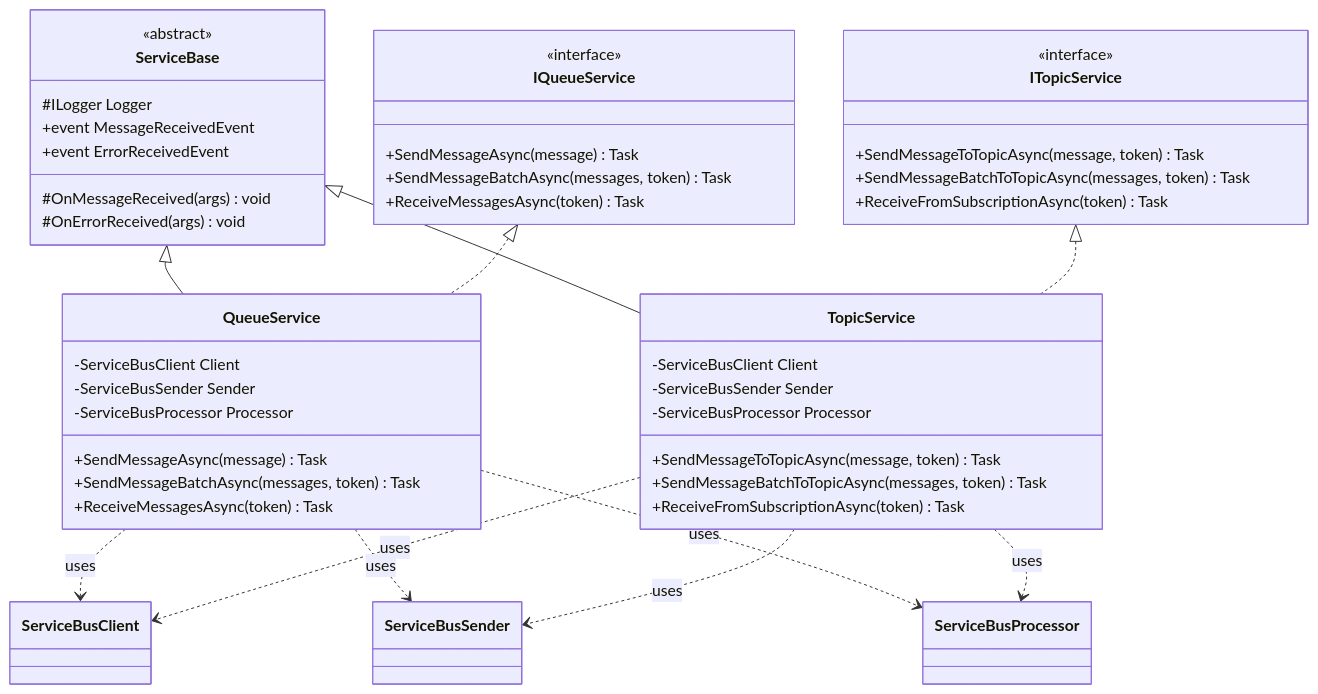
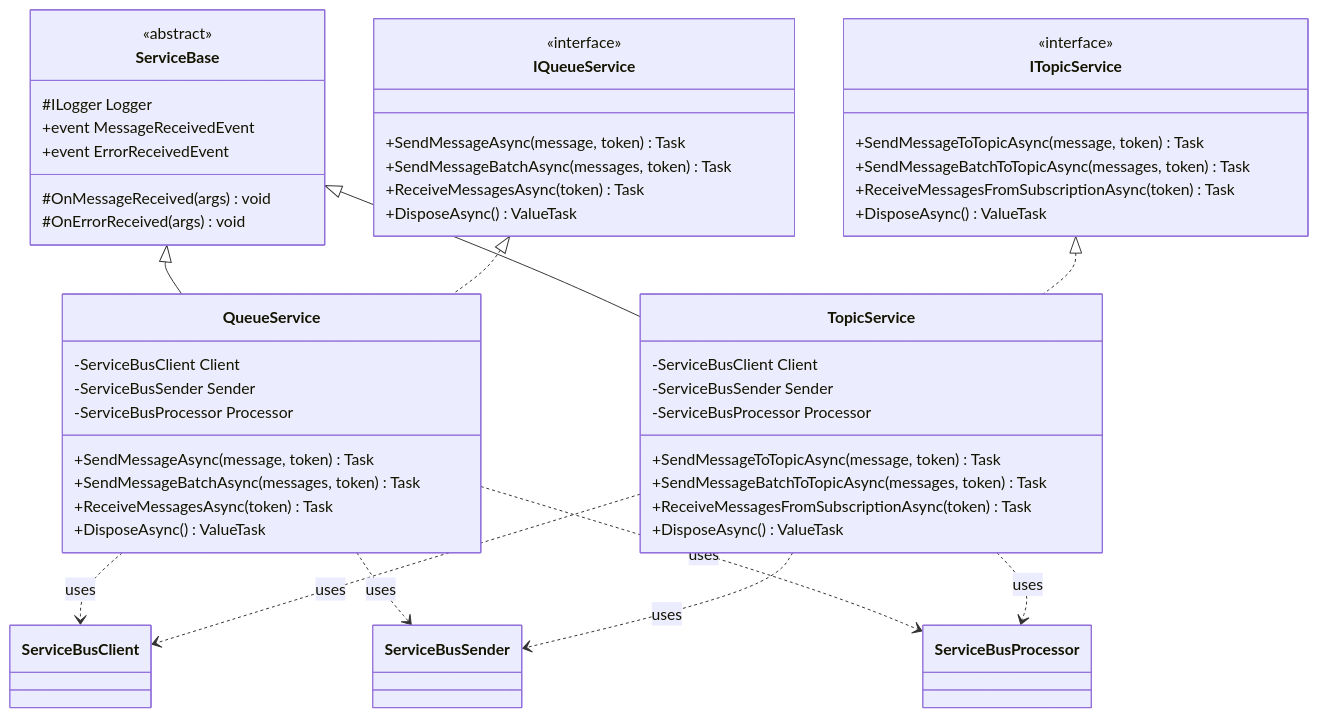
One commit to f2calv/CasCap.Api.Azure changed the diagram in src/CasCap.Api.Azure.ServiceBus/README.md. Above: the diagram before and after it, drawn with Mermaid. The commit also changed other lines of this file and 23 other files, not shown here.

````diff
--- a/src/CasCap.Api.Azure.ServiceBus/README.md
+++ b/src/CasCap.Api.Azure.ServiceBus/README.md
@@ -37,57 +39,61 @@
 ```mermaid
 classDiagram
     direction TB
 
     ServiceBase <|-- QueueService
     ServiceBase <|-- TopicService
     IQueueService <|.. QueueService
     ITopicService <|.. TopicService
 
     class ServiceBase {
         <<abstract>>
         #ILogger Logger
         +event MessageReceivedEvent
         +event ErrorReceivedEvent
         #OnMessageReceived(args) void
         #OnErrorReceived(args) void
     }
 
     class IQueueService {
         <<interface>>
-        +SendMessageAsync(message) Task
+        +SendMessageAsync(message, token) Task
         +SendMessageBatchAsync(messages, token) Task
         +ReceiveMessagesAsync(token) Task
+        +DisposeAsync() ValueTask
     }
 
     class QueueService {
         -ServiceBusClient Client
         -ServiceBusSender Sender
         -ServiceBusProcessor Processor
-        +SendMessageAsync(message) Task
+        +SendMessageAsync(message, token) Task
         +SendMessageBatchAsync(messages, token) Task
         +ReceiveMessagesAsync(token) Task
+        +DisposeAsync() ValueTask
     }
 
     class ITopicService {
         <<interface>>
         +SendMessageToTopicAsync(message, token) Task
         +SendMessageBatchToTopicAsync(messages, token) Task
-        +ReceiveFromSubscriptionAsync(token) Task
+        +ReceiveMessagesFromSubscriptionAsync(token) Task
+        +DisposeAsync() ValueTask
     }
 
     class TopicService {
         -ServiceBusClient Client
         -ServiceBusSender Sender
         -ServiceBusProcessor Processor
         +SendMessageToTopicAsync(message, token) Task
         +SendMessageBatchToTopicAsync(messages, token) Task
-        +ReceiveFromSubscriptionAsync(token) Task
+        +ReceiveMessagesFromSubscriptionAsync(token) Task
+        +DisposeAsync() ValueTask
     }
 
     QueueService ..> ServiceBusClient : uses
     TopicService ..> ServiceBusClient : uses
     QueueService ..> ServiceBusSender : uses
     TopicService ..> ServiceBusSender : uses
     QueueService ..> ServiceBusProcessor : uses
     TopicService ..> ServiceBusProcessor : uses
 ```
````
